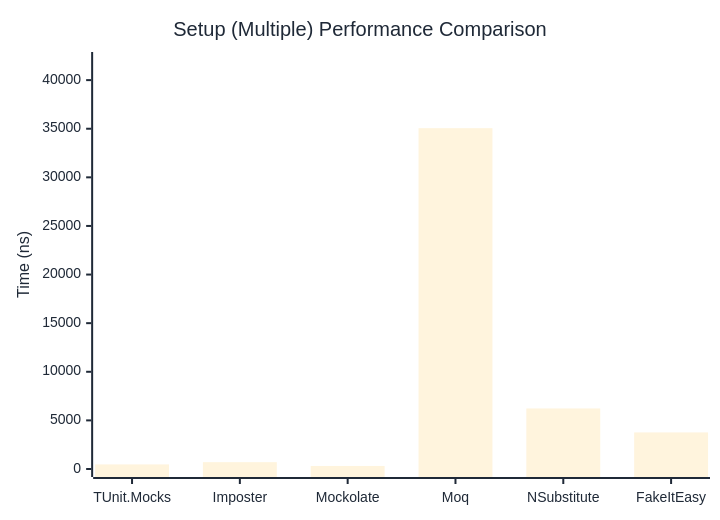
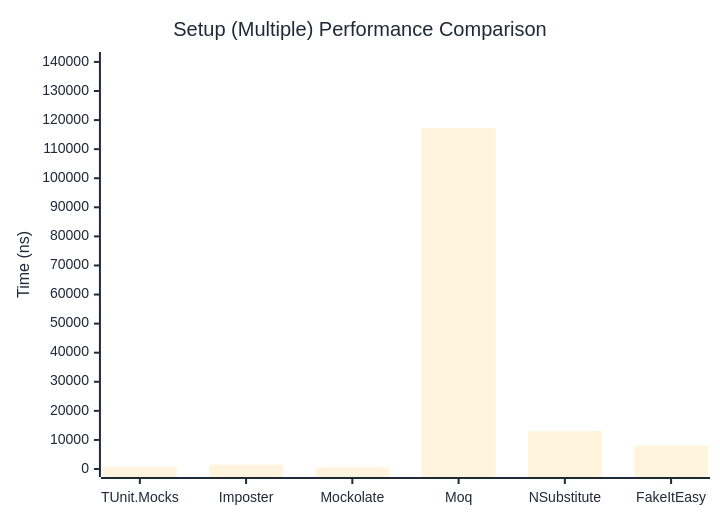
The second of 2 diagrams in docs/docs/benchmarks/mocks/Setup.md (thomhurst/TUnit), drawn with Mermaid before and after one commit. The commit also changed other lines of this file and 14 other files, not shown here.

````diff
--- a/docs/docs/benchmarks/mocks/Setup.md
+++ b/docs/docs/benchmarks/mocks/Setup.md
@@ -71,27 +71,27 @@
 ```mermaid
 %%{init: {
   'theme':'base',
   'themeVariables': {
     'primaryColor': '#2563eb',
     'primaryTextColor': '#1f2937',
     'primaryBorderColor': '#1e40af',
     'lineColor': '#6b7280',
     'secondaryColor': '#7c3aed',
     'tertiaryColor': '#dc2626',
     'background': '#ffffff',
     'pie1': '#2563eb',
     'pie2': '#7c3aed',
     'pie3': '#dc2626',
     'pie4': '#f59e0b',
     'pie5': '#10b981',
     'pie6': '#06b6d4',
     'pie7': '#ec4899',
     'pie8': '#6366f1'
   }
 }}%%
 xychart-beta
   title "Setup (Multiple) Performance Comparison"
   x-axis ["TUnit.Mocks", "Imposter", "Mockolate", "Moq", "NSubstitute", "FakeItEasy"]
-  y-axis "Time (ns)" 0 --> 42069
-  bar [472.6, 702.5, 312.6, 35057.1, 6228.1, 3762.9]
+  y-axis "Time (ns)" 0 --> 140662
+  bar [830.1, 1475, 551, 117217.6, 13080, 8082.4]
 ```
````
